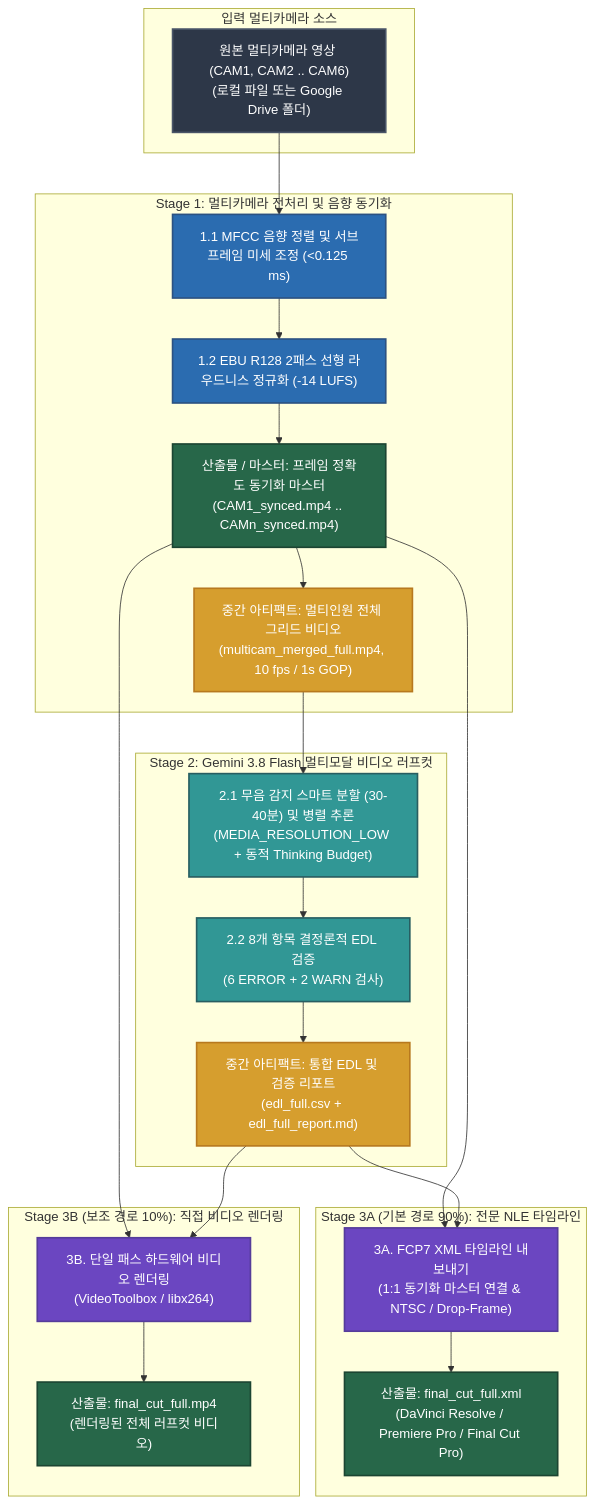
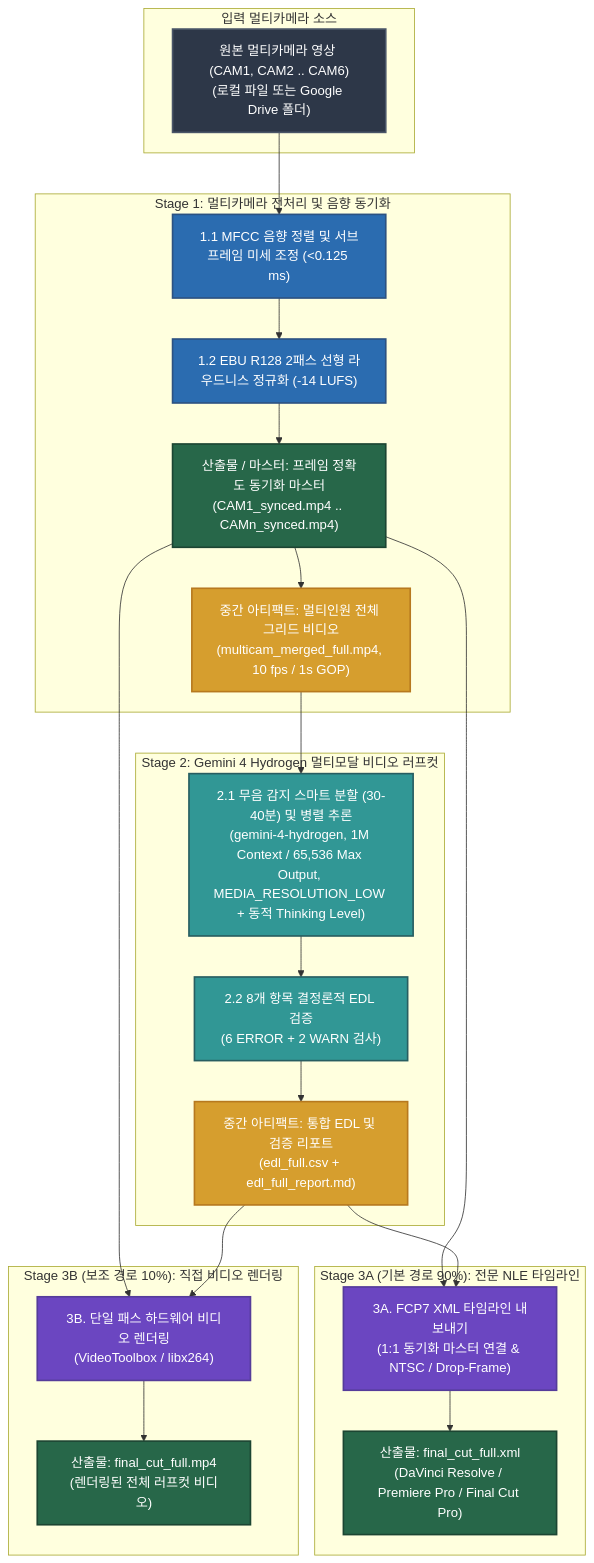
One commit to sylphlin/multicam-video-preprocessing changed the diagram in README.ko.md. Above: the diagram before and after it, drawn with Mermaid. The commit also changed other lines of this file and 13 other files, not shown here.

First line of the commit message:
feat(model): upgrade Stage 2 EDL model to Gemini 4 Hydrogen (gemini-4-hydrogen)

````diff
--- a/README.ko.md
+++ b/README.ko.md
@@ -78,50 +82,50 @@
 ```mermaid
 flowchart TD
     classDef inputStyle fill:#2D3748,stroke:#4A5568,stroke-width:2px,color:#fff;
     classDef stage1Style fill:#2B6CB0,stroke:#2C5282,stroke-width:2px,color:#fff;
     classDef stage2Style fill:#319795,stroke:#285E61,stroke-width:2px,color:#fff;
     classDef stage3Style fill:#6B46C1,stroke:#553C9A,stroke-width:2px,color:#fff;
     classDef artifactStyle fill:#D69E2E,stroke:#B7791F,stroke-width:2px,color:#fff;
     classDef outputStyle fill:#276749,stroke:#1C4532,stroke-width:2px,color:#fff;
 
     subgraph Inputs["입력 멀티카메라 소스"]
         A["원본 멀티카메라 영상 (CAM1, CAM2 .. CAM6)<br/>(로컬 파일 또는 Google Drive 폴더)"]:::inputStyle
     end
 
     subgraph S1["Stage 1: 멀티카메라 전처리 및 음향 동기화"]
         S1_1["1.1 MFCC 음향 정렬 및 서브프레임 미세 조정 (<0.125 ms)"]:::stage1Style
         S1_2["1.2 EBU R128 2패스 선형 라우드니스 정규화 (-14 LUFS)"]:::stage1Style
         S1_3["산출물 / 마스터: 프레임 정확도 동기화 마스터<br/>(CAM1_synced.mp4 .. CAMn_synced.mp4)"]:::outputStyle
         S1_4["중간 아티팩트: 멀티인원 전체 그리드 비디오<br/>(multicam_merged_full.mp4, 10 fps / 1s GOP)"]:::artifactStyle
         S1_1 --> S1_2
         S1_2 --> S1_3
         S1_3 --> S1_4
     end
 
-    subgraph S2["Stage 2: Gemini 3.8 Flash 멀티모달 비디오 러프컷"]
-        S2_1["2.1 무음 감지 스마트 분할 (30-40분) 및 병렬 추론<br/>(MEDIA_RESOLUTION_LOW + 동적 Thinking Budget)"]:::stage2Style
+    subgraph S2["Stage 2: Gemini 4 Hydrogen 멀티모달 비디오 러프컷"]
+        S2_1["2.1 무음 감지 스마트 분할 (30-40분) 및 병렬 추론<br/>(gemini-4-hydrogen, 1M Context / 65,536 Max Output, MEDIA_RESOLUTION_LOW + 동적 Thinking Level)"]:::stage2Style
         S2_2["2.2 8개 항목 결정론적 EDL 검증<br/>(6 ERROR + 2 WARN 검사)"]:::stage2Style
         EDL["중간 아티팩트: 통합 EDL 및 검증 리포트<br/>(edl_full.csv + edl_full_report.md)"]:::artifactStyle
         S2_1 --> S2_2
         S2_2 --> EDL
     end
 
     subgraph S3A["Stage 3A (기본 경로 90%): 전문 NLE 타임라인"]
         S3A_ACT["3A. FCP7 XML 타임라인 내보내기<br/>(1:1 동기화 마스터 연결 & NTSC / Drop-Frame)"]:::stage3Style
         XML["산출물: final_cut_full.xml<br/>(DaVinci Resolve / Premiere Pro / Final Cut Pro)"]:::outputStyle
         S3A_ACT --> XML
     end
 
     subgraph S3B["Stage 3B (보조 경로 10%): 직접 비디오 렌더링"]
         S3B_ACT["3B. 단일 패스 하드웨어 비디오 렌더링<br/>(VideoToolbox / libx264)"]:::stage3Style
         MP4["산출물: final_cut_full.mp4<br/>(렌더링된 전체 러프컷 비디오)"]:::outputStyle
         S3B_ACT --> MP4
     end
 
     A --> S1_1
     S1_4 --> S2_1
     S1_3 --> S3A_ACT
     EDL --> S3A_ACT
     S1_3 --> S3B_ACT
     EDL --> S3B_ACT
 ```
````
